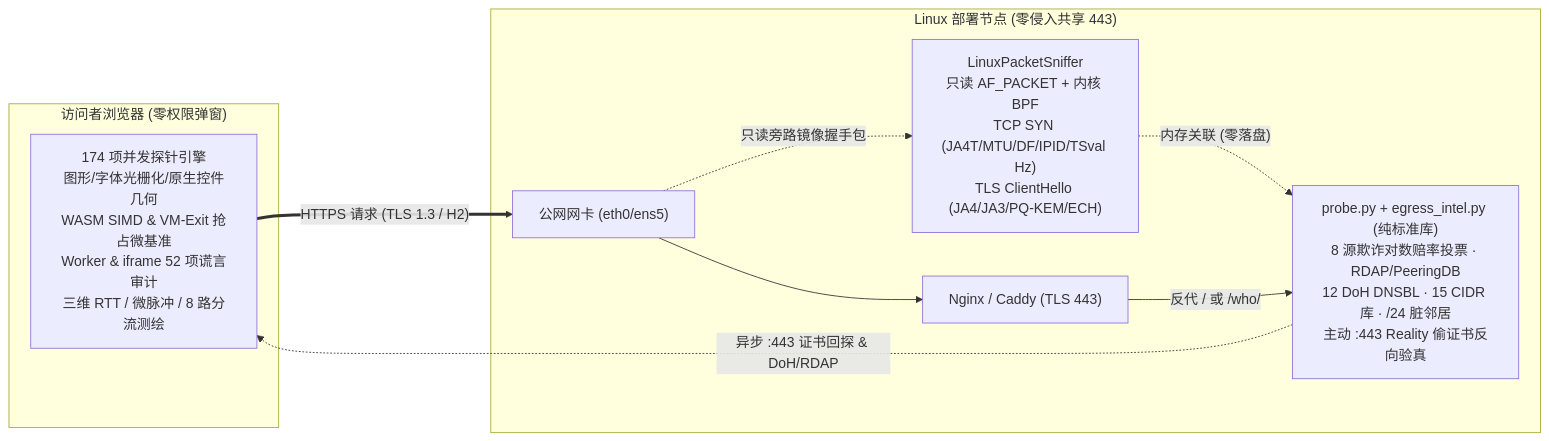
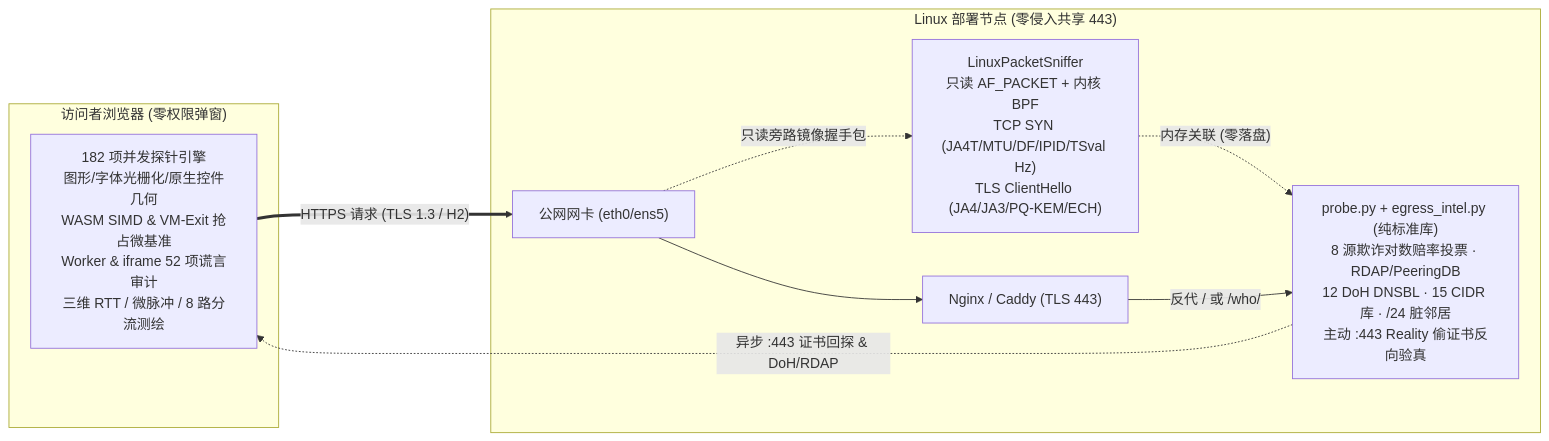
Before and after one commit to zzusec/whoprobe: the diagram in README.md, drawn with Mermaid. The commit also changed other lines of this file and 9 other files, not shown here.

````diff
--- a/README.md
+++ b/README.md
@@ -30,20 +30,20 @@
 ```mermaid
 flowchart LR
   subgraph Client["访问者浏览器 (零权限弹窗)"]
-    JS["174 项并发探针引擎\n图形/字体光栅化/原生控件几何\nWASM SIMD & VM-Exit 抢占微基准\nWorker & iframe 52 项谎言审计\n三维 RTT / 微脉冲 / 8 路分流测绘"]
+    JS["182 项并发探针引擎\n图形/字体光栅化/原生控件几何\nWASM SIMD & VM-Exit 抢占微基准\nWorker & iframe 52 项谎言审计\n三维 RTT / 微脉冲 / 8 路分流测绘"]
   end
 
   subgraph Edge["Linux 部署节点 (零侵入共享 443)"]
     NIC["公网网卡 (eth0/ens5)"]
     NGX["Nginx / Caddy (TLS 443)"]
     BPF["LinuxPacketSniffer\n只读 AF_PACKET + 内核 BPF\nTCP SYN (JA4T/MTU/DF/IPID/TSval Hz)\nTLS ClientHello (JA4/JA3/PQ-KEM/ECH)"]
     APP["probe.py + egress_intel.py (纯标准库)\n8 源欺诈对数赔率投票 · RDAP/PeeringDB\n12 DoH DNSBL · 15 CIDR 库 · /24 脏邻居\n主动 :443 Reality 偷证书反向验真"]
   end
 
   JS == "HTTPS 请求 (TLS 1.3 / H2)" ==> NIC
   NIC --> NGX
   NIC -. "只读旁路镜像握手包" .-> BPF
   BPF -. "内存关联 (零落盘)" .-> APP
   NGX -- "反代 / 或 /who/" --> APP
   APP -. "异步 :443 证书回探 & DoH/RDAP" .-> JS
 ```
````
